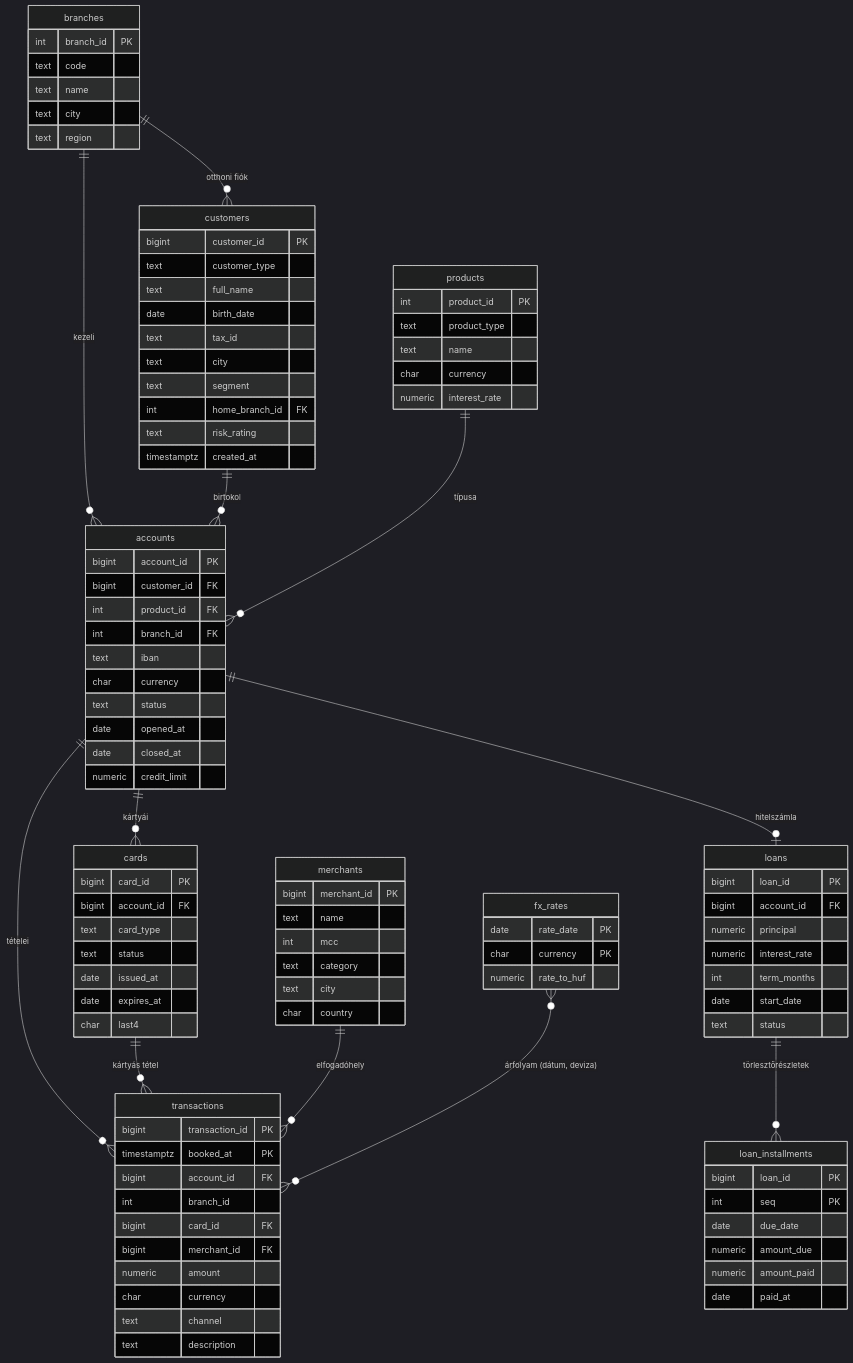
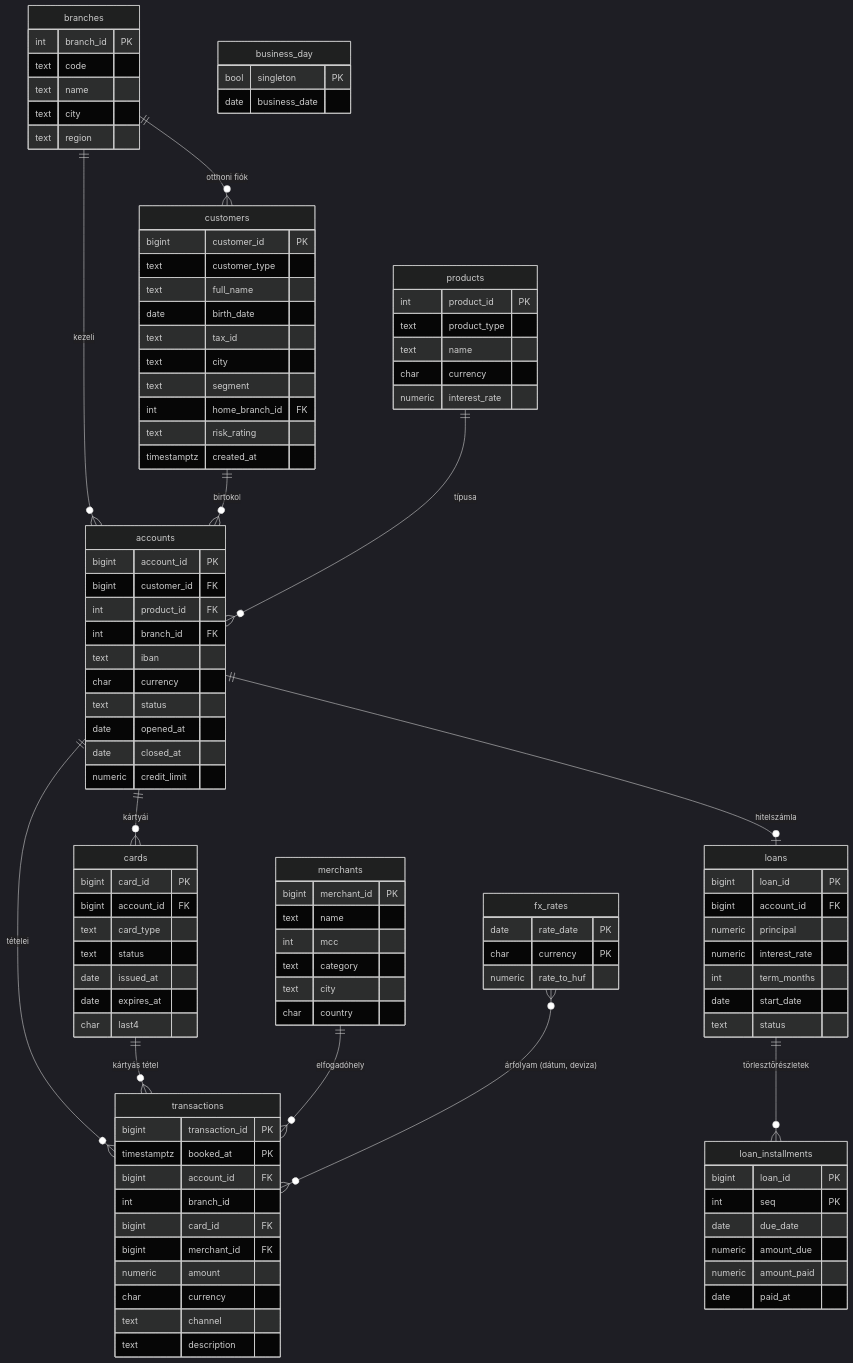
Before and after one commit to Djury91/finql: the diagram in docs/04-adatbazis.md, drawn with Mermaid (dark theme). The commit also changed other lines of this file and 43 other files, not shown here.

````diff
--- a/docs/04-adatbazis.md
+++ b/docs/04-adatbazis.md
@@ -150,4 +164,8 @@
         char currency PK
         numeric rate_to_huf
     }
+    business_day {
+        bool singleton PK
+        date business_date
+    }
 ```
````
